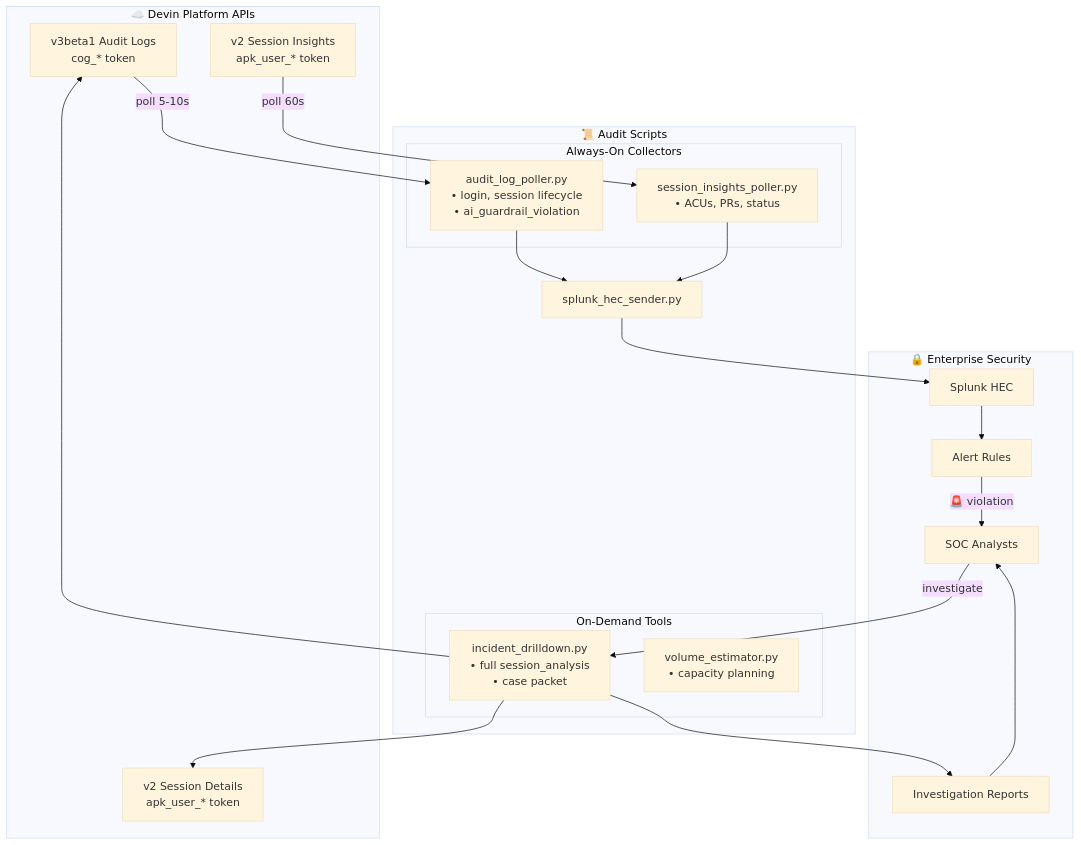
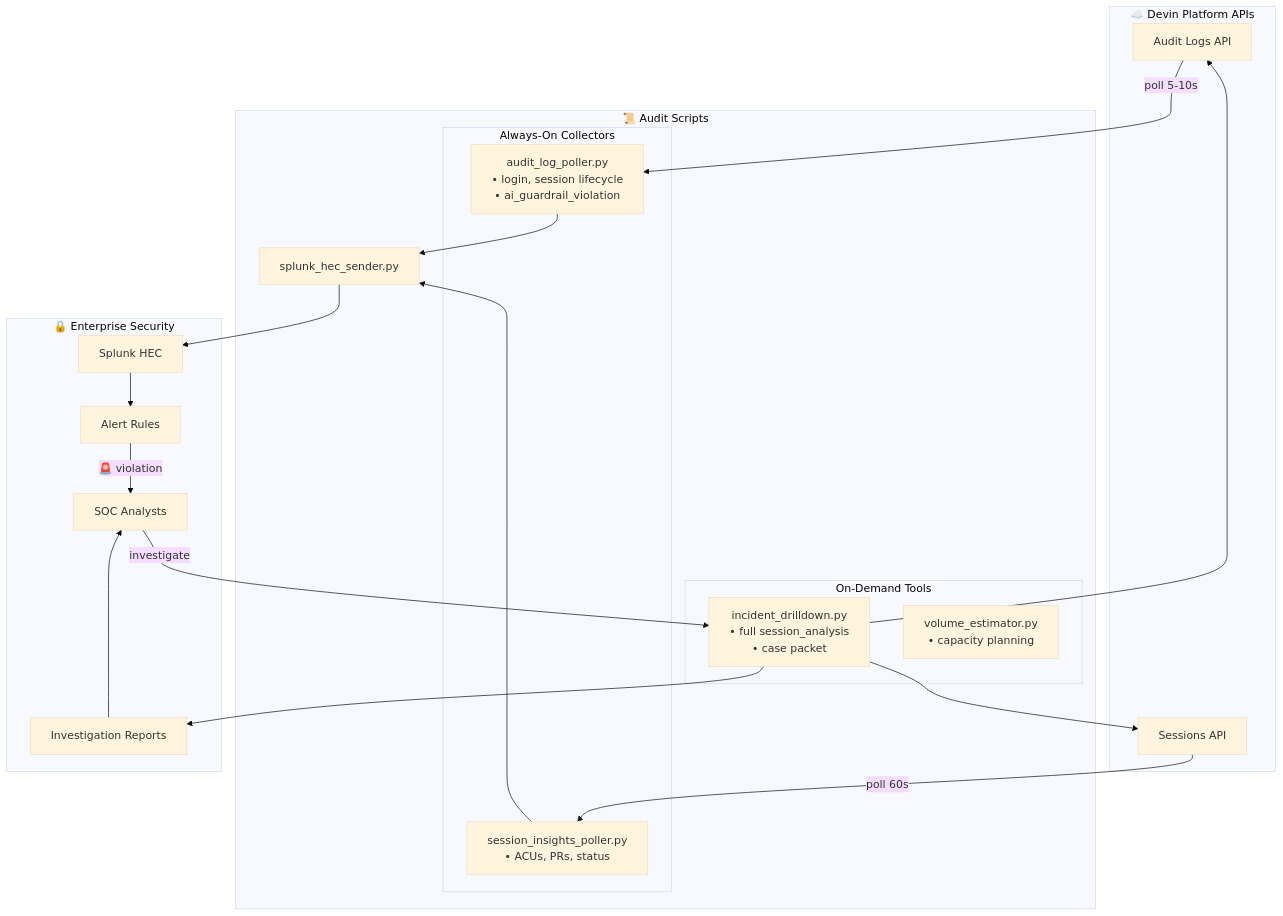
One commit to taylor-curran/devin-repo-rbac-at-scale changed the diagram in audit_log_api/README.md. Above: the diagram before and after it, drawn with Mermaid (base theme). The commit also changed 1 other file, not shown here.

Commit message:
adding audit logs

````diff
--- a/audit_log_api/README.md
+++ b/audit_log_api/README.md
@@ -63,36 +63,35 @@
 ```mermaid
 flowchart TB
     subgraph Devin["☁️ Devin Platform APIs"]
-        V3["v3beta1 Audit Logs<br/>cog_* token"]
-        V2_Insights["v2 Session Insights<br/>apk_user_* token"]
-        V2_Details["v2 Session Details<br/>apk_user_* token"]
+        AuditAPI["Audit Logs API"]
+        SessionsAPI["Sessions API"]
     end
 
     subgraph Scripts["📜 Audit Scripts"]
         subgraph AlwaysOn["Always-On Collectors"]
             ALP["audit_log_poller.py<br/>• login, session lifecycle<br/>• ai_guardrail_violation"]
             SIP["session_insights_poller.py<br/>• ACUs, PRs, status"]
         end
         
         subgraph OnDemand["On-Demand Tools"]
             IDD["incident_drilldown.py<br/>• full session_analysis<br/>• case packet"]
             VOL["volume_estimator.py<br/>• capacity planning"]
         end
         
         HEC["splunk_hec_sender.py"]
     end
 
     subgraph SIEM["🔒 Enterprise Security"]
         Splunk["Splunk HEC"]
         Alerts["Alert Rules"]
         SOC["SOC Analysts"]
         Reports["Investigation Reports"]
     end
 
-    V3 -->|"poll 5-10s"| ALP
-    V2_Insights -->|"poll 60s"| SIP
+    AuditAPI -->|"poll 5-10s"| ALP
+    SessionsAPI -->|"poll 60s"| SIP
     ALP & SIP --> HEC --> Splunk --> Alerts -->|"🚨 violation"| SOC
     SOC -->|"investigate"| IDD
-    IDD --> V2_Details & V3
+    IDD --> SessionsAPI & AuditAPI
     IDD --> Reports --> SOC
 ```
````
